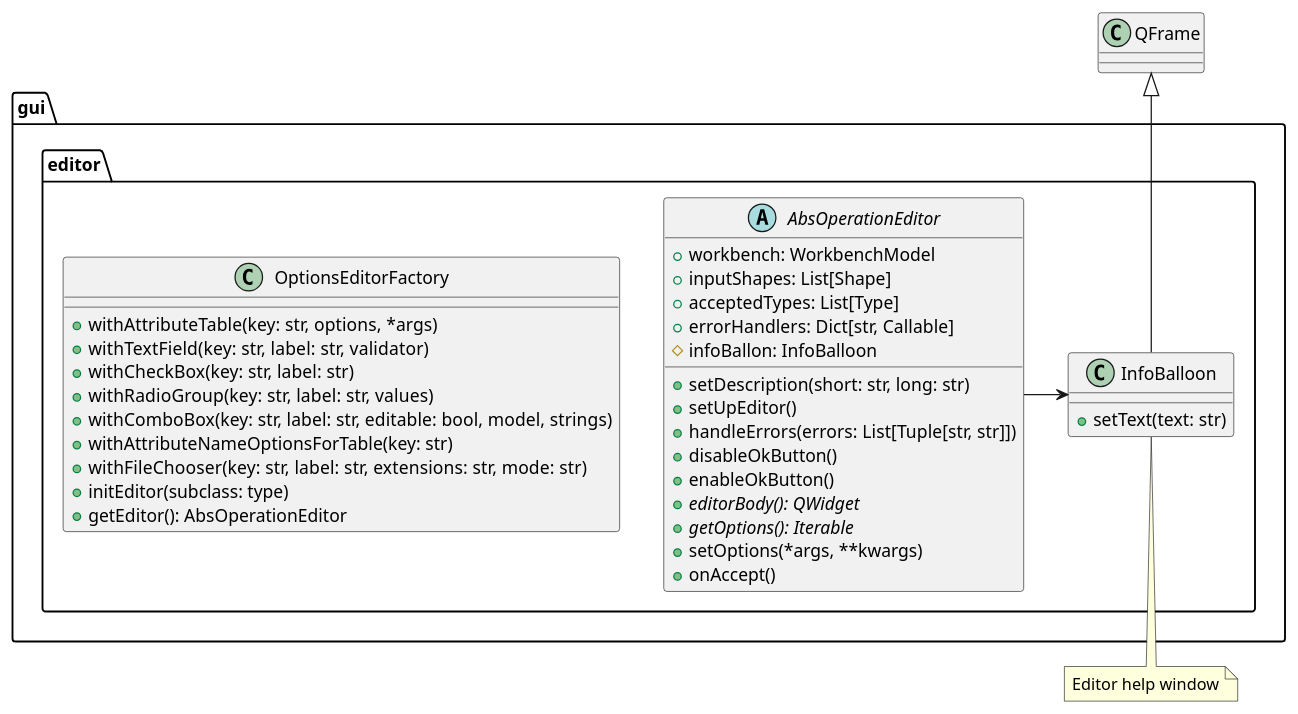
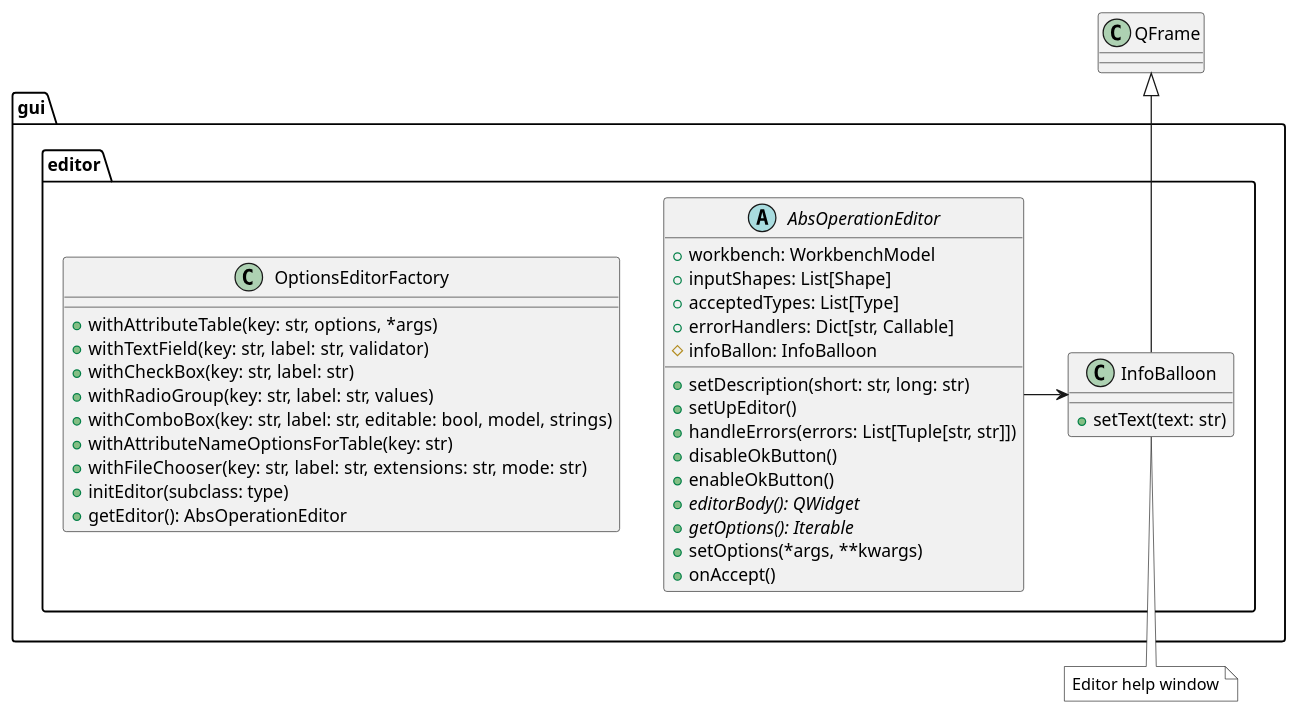
One commit to alezanga/dataMole changed the diagram in uml/editor.puml. Above: the diagram before and after it, drawn with PlantUML. The commit also changed 4 other files, not shown here.

Commit message:
uml edited

```diff
--- a/uml/editor.puml
+++ b/uml/editor.puml
@@ -1,48 +1,48 @@
-@startuml editor
+@startuml editor_pack
 
 package gui.editor {
 
 abstract class AbsOperationEditor {
 + workbench: WorkbenchModel
 + inputShapes: List[Shape]
 + acceptedTypes: List[Type]
 + errorHandlers: Dict[str, Callable]
 # infoBallon: InfoBalloon
 
 + setDescription(short: str, long: str)
 + setUpEditor()
 + handleErrors(errors: List[Tuple[str, str]])
 + disableOkButton()
 + enableOkButton()
 + {abstract} editorBody(): QWidget
 + {abstract} getOptions(): Iterable
 + setOptions(*args, **kwargs)
 + onAccept()
 }
 
 class InfoBalloon {
   + setText(text: str)
 }
 
 class OptionsEditorFactory {
   + withAttributeTable(key: str, options, *args)
   + withTextField(key: str, label: str, validator)
   + withCheckBox(key: str, label: str)
   + withRadioGroup(key: str, label: str, values)
   + withComboBox(key: str, label: str, editable: bool, model, strings)
   + withAttributeNameOptionsForTable(key: str)
   + withFileChooser(key: str, label: str, extensions: str, mode: str)  
   + initEditor(subclass: type)
   + getEditor(): AbsOperationEditor
 }
 }
 
-note bottom of InfoBalloon
+note bottom of InfoBalloon #White
 Editor help window
 endnote
 
 QFrame <|-- InfoBalloon
 AbsOperationEditor -> InfoBalloon
 
 
 @enduml
```
